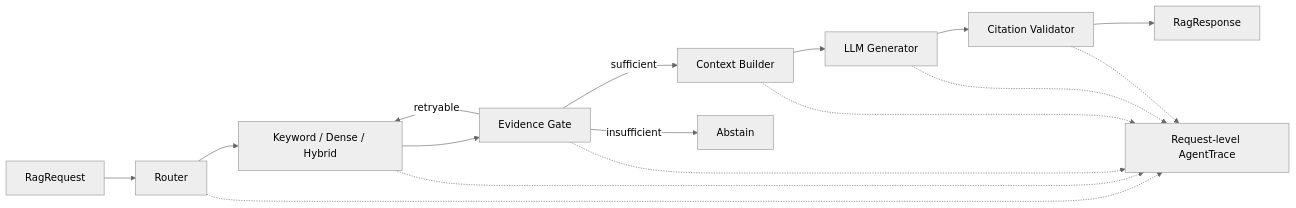
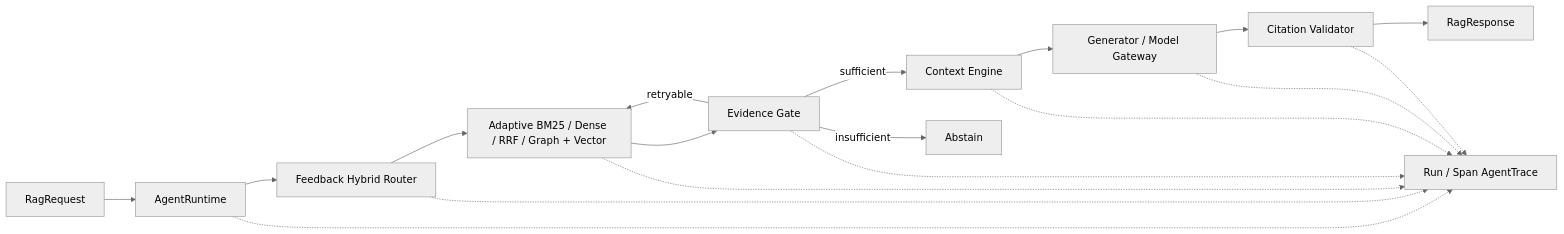
The first of 2 diagrams in README.md (1hao1hao/Agent_for_Job_Application), drawn with Mermaid (neutral theme) before and after one commit. The commit also changed other lines of this file and 413 other files, not shown here.

````diff
--- a/README.md
+++ b/README.md
@@ -32,18 +96,20 @@
 ```mermaid
 flowchart LR
-    Q[RagRequest] --> R[Router]
-    R --> RET[Keyword / Dense / Hybrid]
+    Q[RagRequest] --> RT[AgentRuntime]
+    RT --> R[Feedback Hybrid Router]
+    R --> RET[Adaptive BM25 / Dense / RRF / Graph + Vector]
     RET --> G[Evidence Gate]
-    G -->|sufficient| C[Context Builder]
+    G -->|sufficient| C[Context Engine]
     G -->|retryable| RET
     G -->|insufficient| A[Abstain]
-    C --> L[LLM Generator]
+    C --> L[Generator / Model Gateway]
     L --> V[Citation Validator]
     V --> O[RagResponse]
-    R -.-> T[Request-level AgentTrace]
+    RT -.-> T[Run / Span AgentTrace]
+    R -.-> T
     RET -.-> T
     G -.-> T
     C -.-> T
     L -.-> T
     V -.-> T
 ```
````
